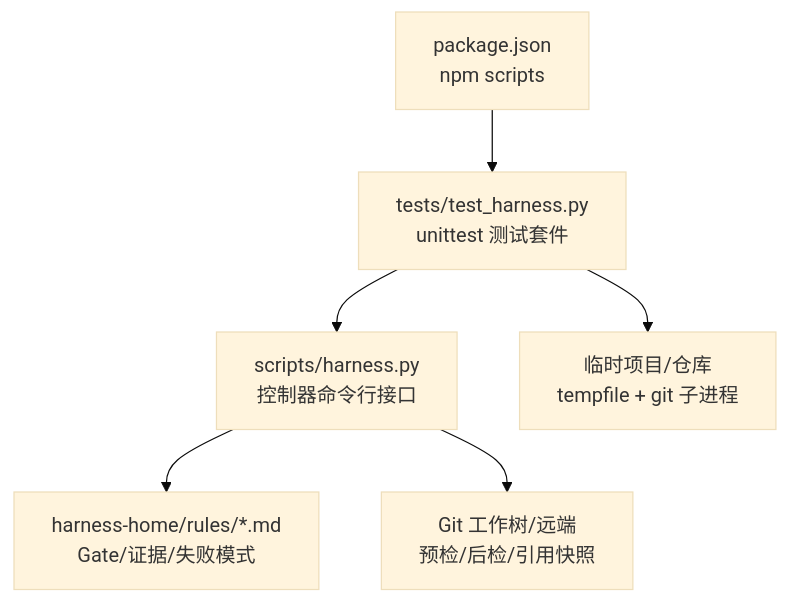
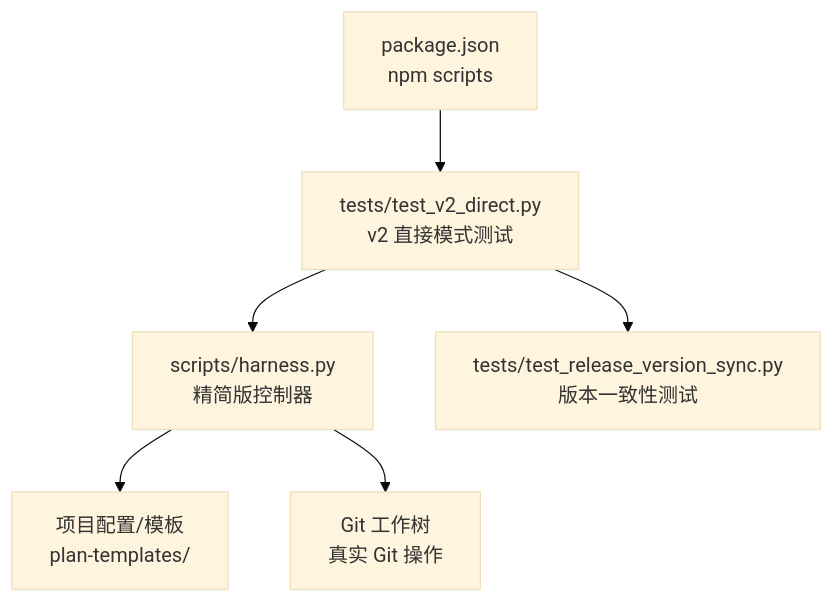
Before and after one commit to HackSing/docs-harness: the first of 4 diagrams in .qoder/repowiki/zh/content/开发者指南/测试策略.md, drawn with Mermaid (base theme). The commit also changed other lines of this file and 42 other files, not shown here.

````diff
--- a/.qoder/repowiki/zh/content/开发者指南/测试策略.md
+++ b/.qoder/repowiki/zh/content/开发者指南/测试策略.md
@@ -40,8 +44,8 @@
 ```mermaid
 graph TB
-A["package.json<br/>npm scripts"] --> B["tests/test_harness.py<br/>unittest 测试套件"]
-B --> C["scripts/harness.py<br/>控制器命令行接口"]
-C --> D["harness-home/rules/*.md<br/>Gate/证据/失败模式"]
-B --> E["临时项目/仓库<br/>tempfile + git 子进程"]
-C --> F["Git 工作树/远端<br/>预检/后检/引用快照"]
+A["package.json<br/>npm scripts"] --> B["tests/test_v2_direct.py<br/>v2 直接模式测试"]
+B --> C["scripts/harness.py<br/>精简版控制器"]
+B --> D["tests/test_release_version_sync.py<br/>版本一致性测试"]
+C --> E["项目配置/模板<br/>plan-templates/"]
+C --> F["Git 工作树<br/>真实 Git 操作"]
 ```
````
